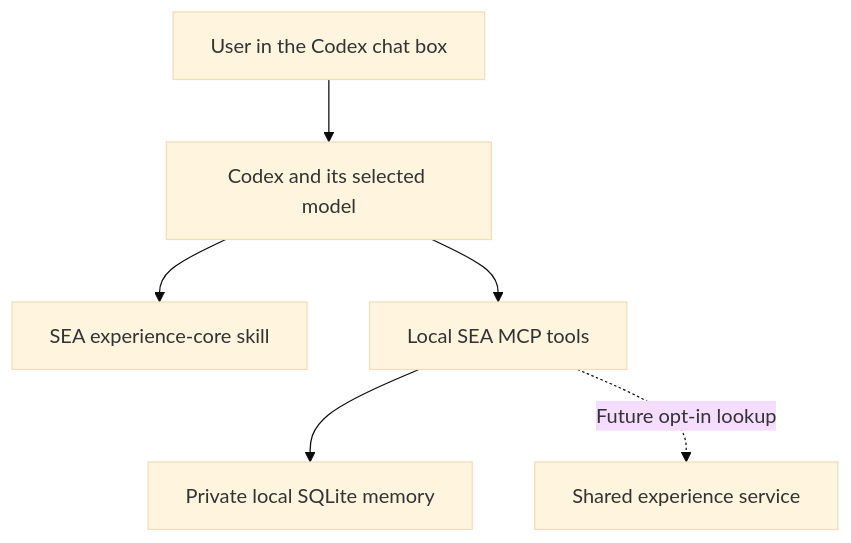
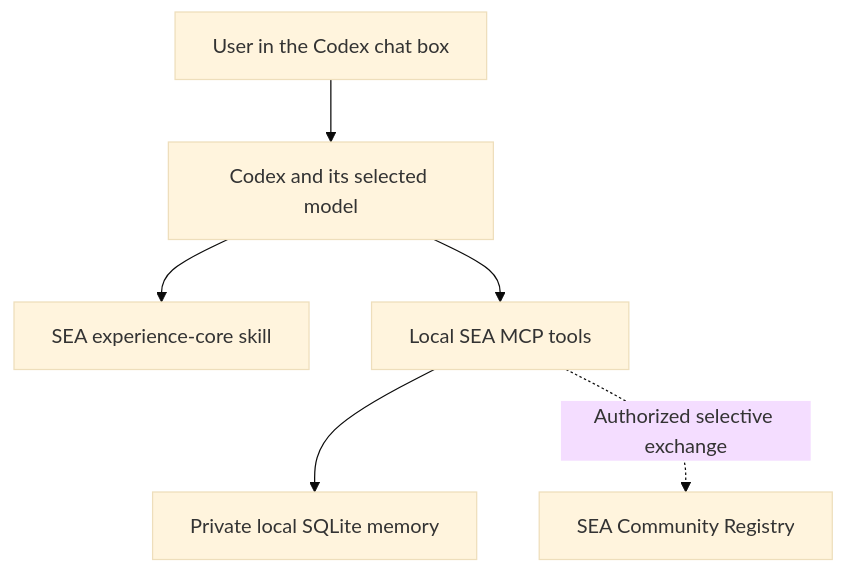
Before and after one commit to Siyezzz/SEA: the diagram in docs/codex-chat.md, drawn with Mermaid (base theme). The commit also changed other lines of this file and 25 other files, not shown here.

Commit message:
Implement evolvable SEA community data exchange

````diff
--- a/docs/codex-chat.md
+++ b/docs/codex-chat.md
@@ -17,8 +17,8 @@
 ```mermaid
 flowchart TD
     U[User in the Codex chat box] --> C[Codex and its selected model]
     C --> S[SEA experience-core skill]
     C --> M[Local SEA MCP tools]
     M --> D[Private local SQLite memory]
-    M -. Future opt-in lookup .-> R[Shared experience service]
+    M -. Authorized selective exchange .-> R[SEA Community Registry]
 ```
````
